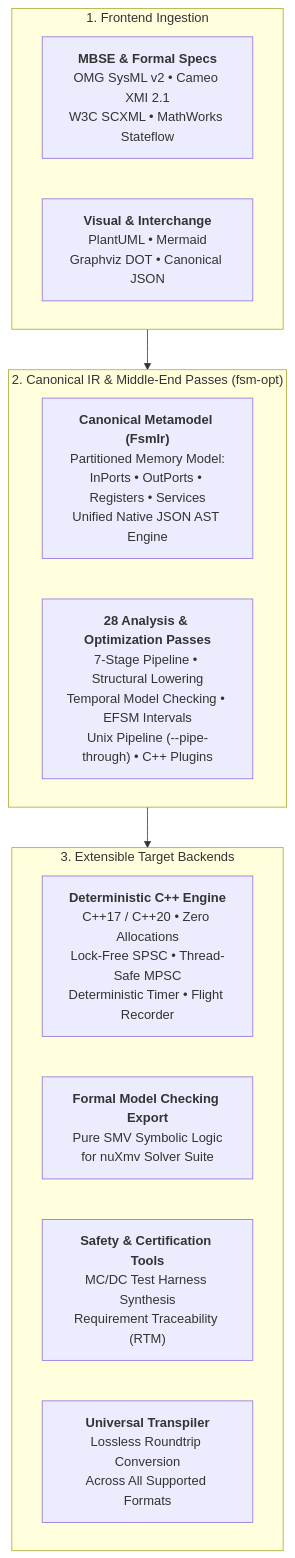
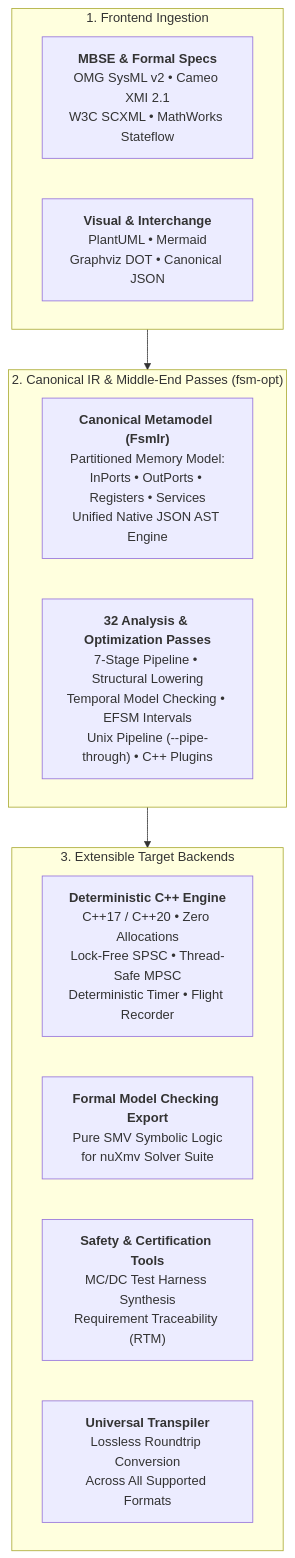
Before and after one commit to simoneCavalleri/fsmc: the diagram in README.md, drawn with Mermaid. The commit also changed other lines of this file and 8 other files, not shown here.

````diff
--- a/README.md
+++ b/README.md
@@ -29,22 +29,22 @@
 ```mermaid
 flowchart TD
     subgraph Ingestion["1. Frontend Ingestion"]
         SysML["<b>MBSE & Formal Specs</b><br/>OMG SysML v2 • Cameo XMI 2.1<br/>W3C SCXML • MathWorks Stateflow"]
         Diagrams["<b>Visual & Interchange</b><br/>PlantUML • Mermaid<br/>Graphviz DOT • Canonical JSON"]
     end
 
     subgraph Compiler["2. Canonical IR & Middle-End Passes (fsm-opt)"]
         IR["<b>Canonical Metamodel (FsmIr)</b><br/>Partitioned Memory Model:<br/>InPorts • OutPorts • Registers • Services<br/>Unified Native JSON AST Engine"]
-        Passes["<b>28 Analysis & Optimization Passes</b><br/>7-Stage Pipeline • Structural Lowering<br/>Temporal Model Checking • EFSM Intervals<br/>Unix Pipeline (--pipe-through) • C++ Plugins"]
+        Passes["<b>32 Analysis & Optimization Passes</b><br/>7-Stage Pipeline • Structural Lowering<br/>Temporal Model Checking • EFSM Intervals<br/>Unix Pipeline (--pipe-through) • C++ Plugins"]
     end
 
     subgraph Targets["3. Extensible Target Backends"]
         CPP["<b>Deterministic C++ Engine</b><br/>C++17 / C++20 • Zero Allocations<br/>Lock-Free SPSC • Thread-Safe MPSC<br/>Deterministic Timer • Flight Recorder"]
         SMV["<b>Formal Model Checking Export</b><br/>Pure SMV Symbolic Logic<br/>for nuXmv Solver Suite"]
         Safety["<b>Safety & Certification Tools</b><br/>MC/DC Test Harness Synthesis<br/>Requirement Traceability (RTM)"]
         Transpile["<b>Universal Transpiler</b><br/>Lossless Roundtrip Conversion<br/>Across All Supported Formats"]
     end
 
     Ingestion --> Compiler
     Compiler --> Targets
 ```
````
